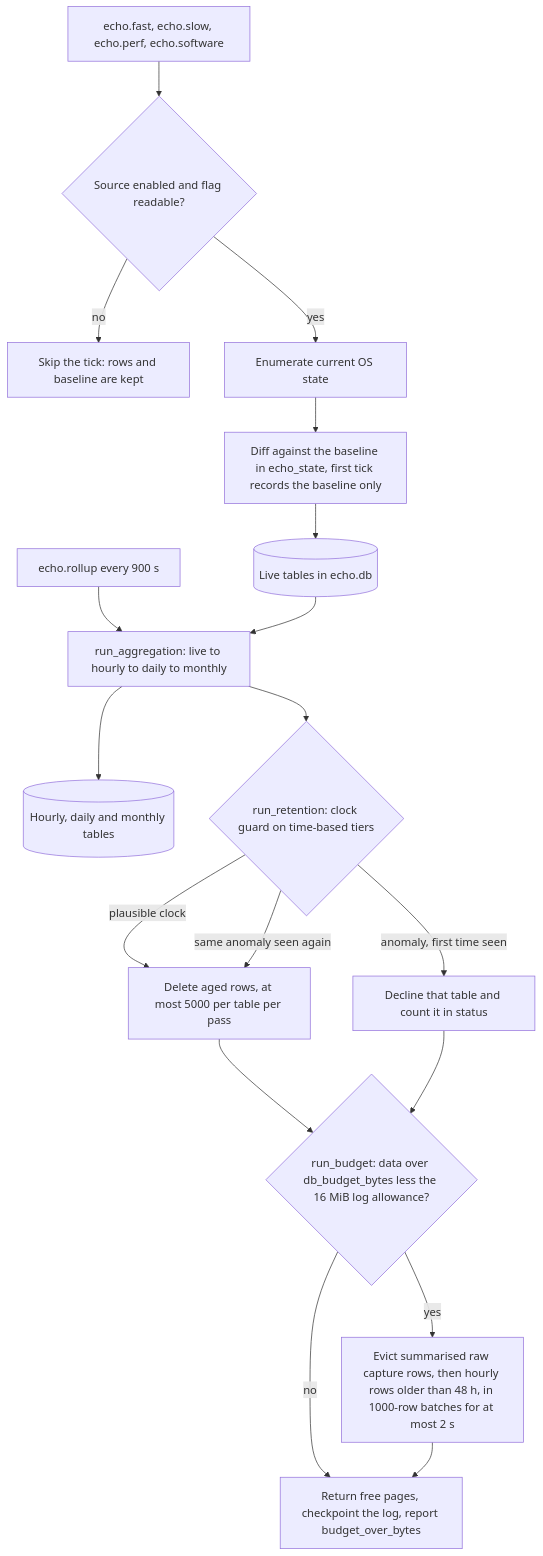
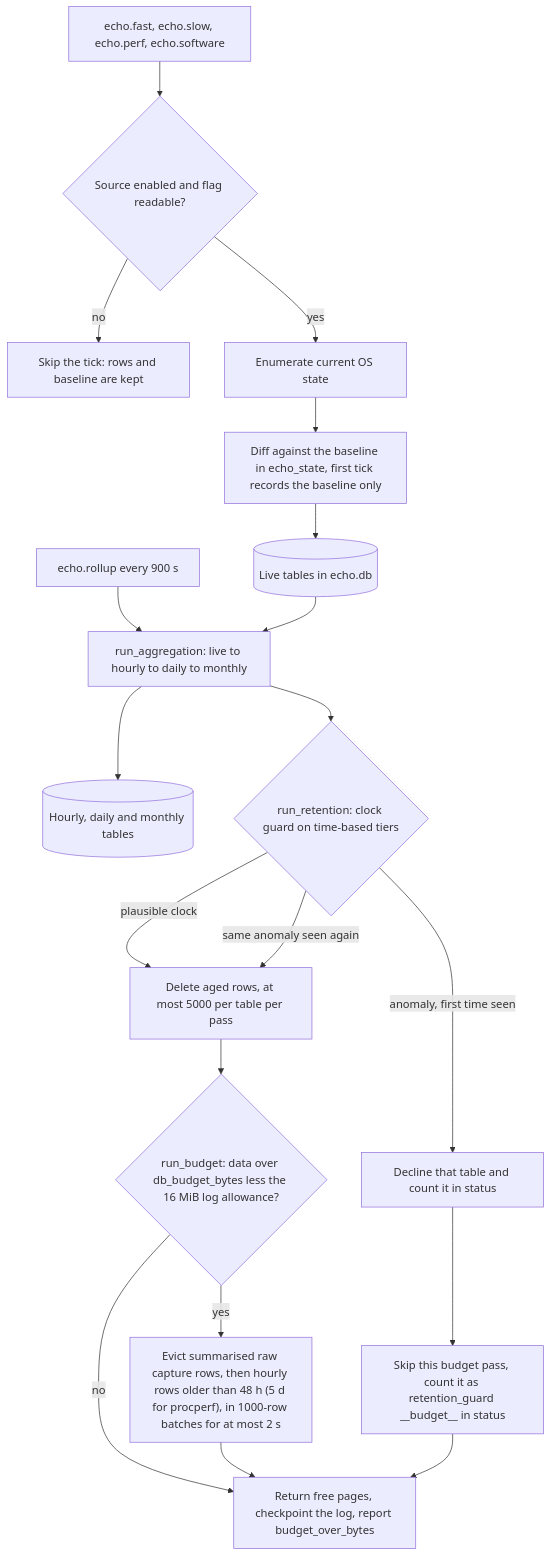
One commit to DevNullLtd/Yuzu changed the second of 4 diagrams in agents/plugins/echo/README.md. Above: the diagram before and after it, drawn with Mermaid. The commit also changed other lines of this file and 23 other files, not shown here.

````diff
--- a/agents/plugins/echo/README.md
+++ b/agents/plugins/echo/README.md
@@ -176,20 +185,21 @@
 ```mermaid
 flowchart TD
   T["echo.fast, echo.slow, echo.perf, echo.software"] --> G{"Source enabled and flag readable?"}
   G -->|"no"| SK["Skip the tick: rows and baseline are kept"]
   G -->|"yes"| E["Enumerate current OS state"]
   E --> D["Diff against the baseline in echo_state, first tick records the baseline only"]
   D --> L[("Live tables in echo.db")]
   R["echo.rollup every 900 s"] --> A["run_aggregation: live to hourly to daily to monthly"]
   L --> A
   A --> H[("Hourly, daily and monthly tables")]
   A --> C{"run_retention: clock guard on time-based tiers"}
   C -->|"plausible clock"| X["Delete aged rows, at most 5000 per table per pass"]
   C -->|"anomaly, first time seen"| N["Decline that table and count it in status"]
   C -->|"same anomaly seen again"| X
   X --> B{"run_budget: data over db_budget_bytes less the 16 MiB log allowance?"}
-  N --> B
-  B -->|"yes"| Y["Evict summarised raw capture rows, then hourly rows older than 48 h, in 1000-row batches for at most 2 s"]
+  N --> S["Skip this budget pass, count it as retention_guard __budget__ in status"]
+  B -->|"yes"| Y["Evict summarised raw capture rows, then hourly rows older than 48 h (5 d for procperf), in 1000-row batches for at most 2 s"]
   B -->|"no"| Z["Return free pages, checkpoint the log, report budget_over_bytes"]
   Y --> Z
+  S --> Z
 ```
````
